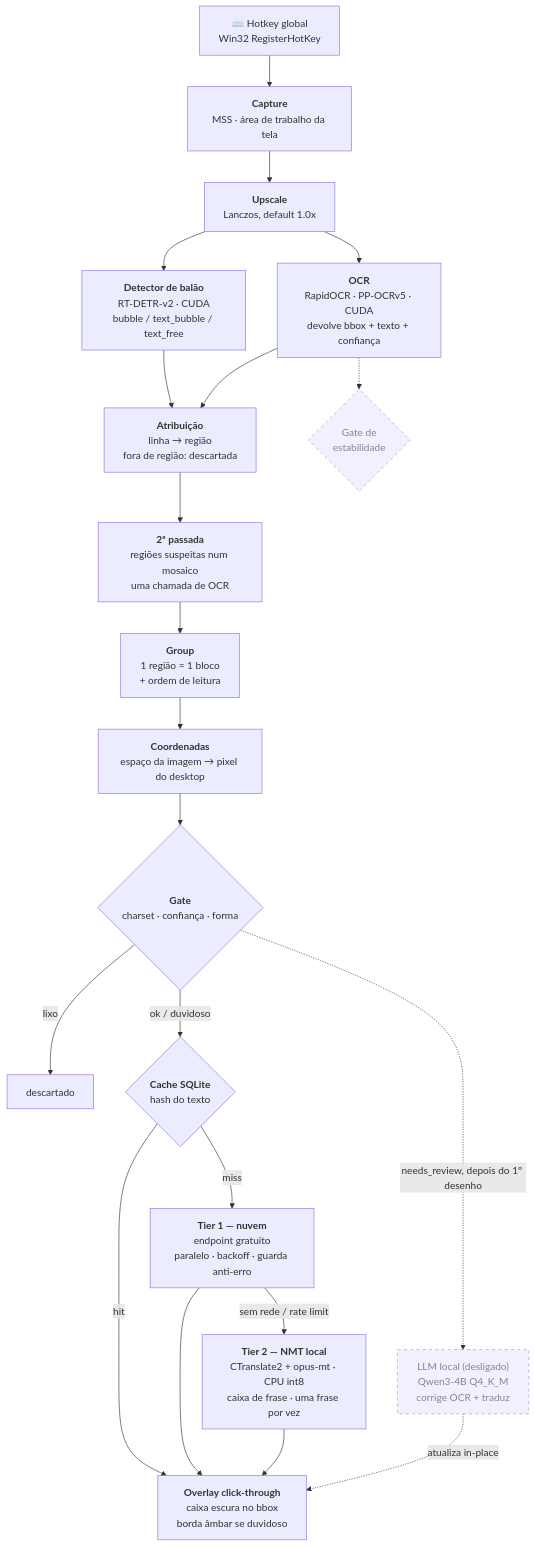
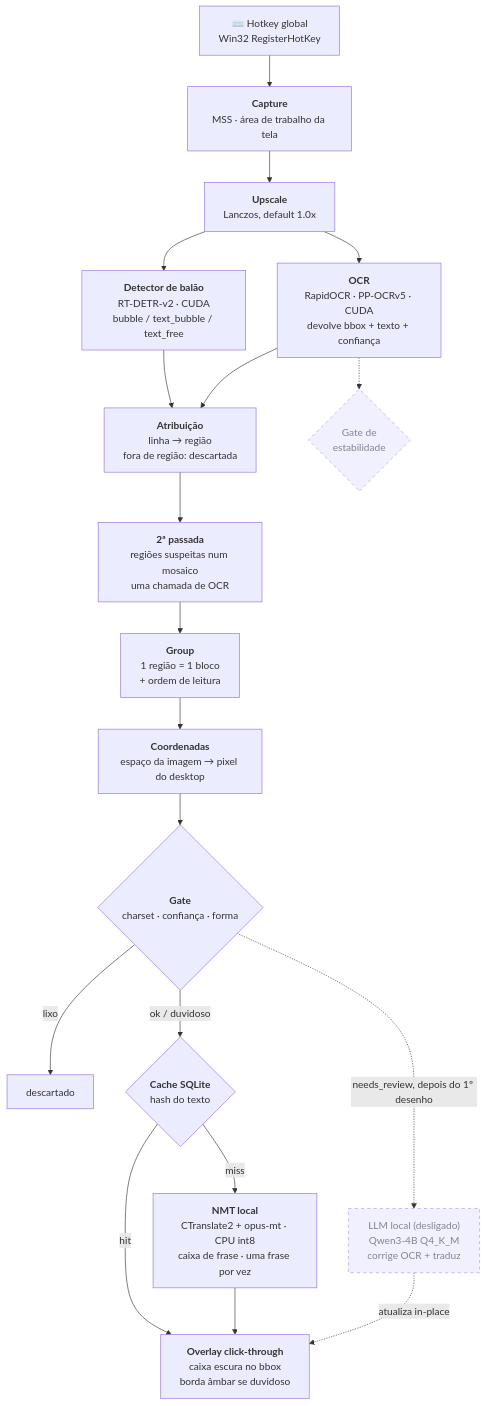
Before and after one commit to LiloMarino/TranslatorOCR: the first of 2 diagrams in README.md, drawn with Mermaid. The commit also changed other lines of this file and 17 other files, not shown here.

Commit message:
refactor: Removida a tradução pela nuvem, deixando a tradução 100% local

````diff
--- a/README.md
+++ b/README.md
@@ -125,28 +125,26 @@
 ```mermaid
 flowchart TD
     HK["⌨️ Hotkey global<br/>Win32 RegisterHotKey"] --> CAP["<b>Capture</b><br/>MSS · área de trabalho da tela"]
     CAP --> UP["<b>Upscale</b><br/>Lanczos, default 1.0x"]
     UP --> OCR["<b>OCR</b><br/>RapidOCR · PP-OCRv5 · CUDA<br/>devolve bbox + texto + confiança"]
     UP --> DET["<b>Detector de balão</b><br/>RT-DETR-v2 · CUDA<br/>bubble / text_bubble / text_free"]
     DET --> ASSIGN["<b>Atribuição</b><br/>linha → região<br/>fora de região: descartada"]
     OCR --> ASSIGN
     ASSIGN --> MOSAIC["<b>2ª passada</b><br/>regiões suspeitas num mosaico<br/>uma chamada de OCR"]
     MOSAIC --> GRP["<b>Group</b><br/>1 região = 1 bloco<br/>+ ordem de leitura"]
     GRP --> COORD["<b>Coordenadas</b><br/>espaço da imagem → pixel do desktop"]
     COORD --> GATE{"<b>Gate</b><br/>charset · confiança · forma"}
     GATE -->|"lixo"| DROP["descartado"]
     GATE -->|"ok / duvidoso"| CACHE{"<b>Cache SQLite</b><br/>hash do texto"}
 
     CACHE -->|"hit"| DRAW
-    CACHE -->|"miss"| CLOUD["<b>Tier 1 — nuvem</b><br/>endpoint gratuito<br/>paralelo · backoff · guarda anti-erro"]
-    CLOUD -->|"sem rede / rate limit"| NMT["<b>Tier 2 — NMT local</b><br/>CTranslate2 + opus-mt · CPU int8<br/>caixa de frase · uma frase por vez"]
-    CLOUD --> DRAW["<b>Overlay click-through</b><br/>caixa escura no bbox<br/>borda âmbar se duvidoso"]
-    NMT --> DRAW
+    CACHE -->|"miss"| NMT["<b>NMT local</b><br/>CTranslate2 + opus-mt · CPU int8<br/>caixa de frase · uma frase por vez"]
+    NMT --> DRAW["<b>Overlay click-through</b><br/>caixa escura no bbox<br/>borda âmbar se duvidoso"]
 
     OCR -.-> STAB{"Gate de<br/>estabilidade"}
     GATE -.->|"needs_review, depois do 1º desenho"| LLM["LLM local (desligado)<br/>Qwen3-4B Q4_K_M<br/>corrige OCR + traduz"]
     LLM -.->|"atualiza in-place"| DRAW
 
     classDef planned stroke-dasharray:5 5,opacity:0.75
     class STAB,LLM planned
 ```
````
